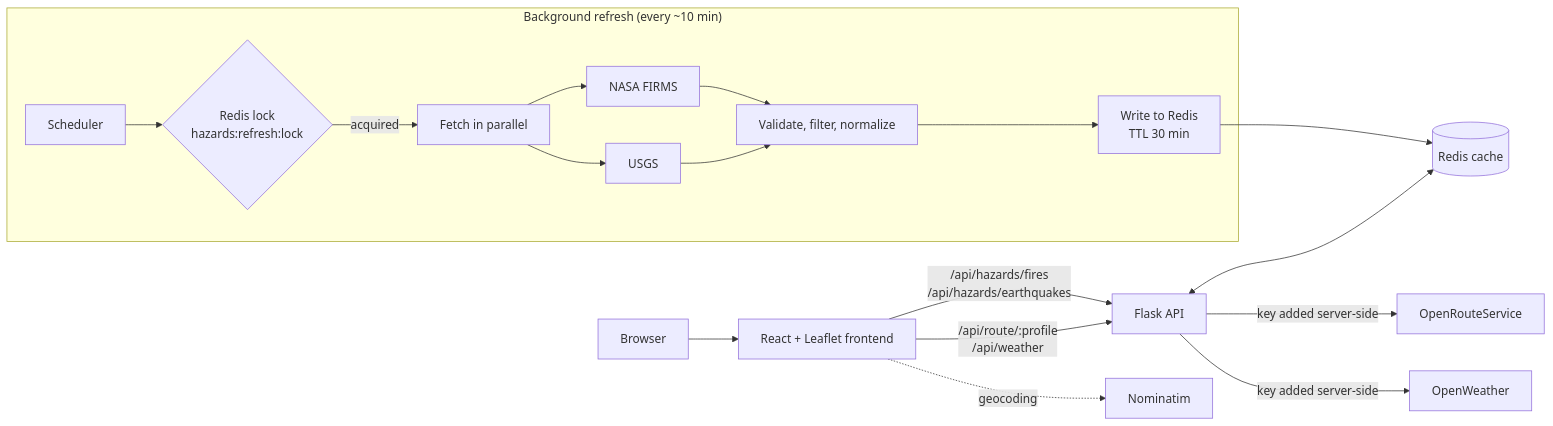
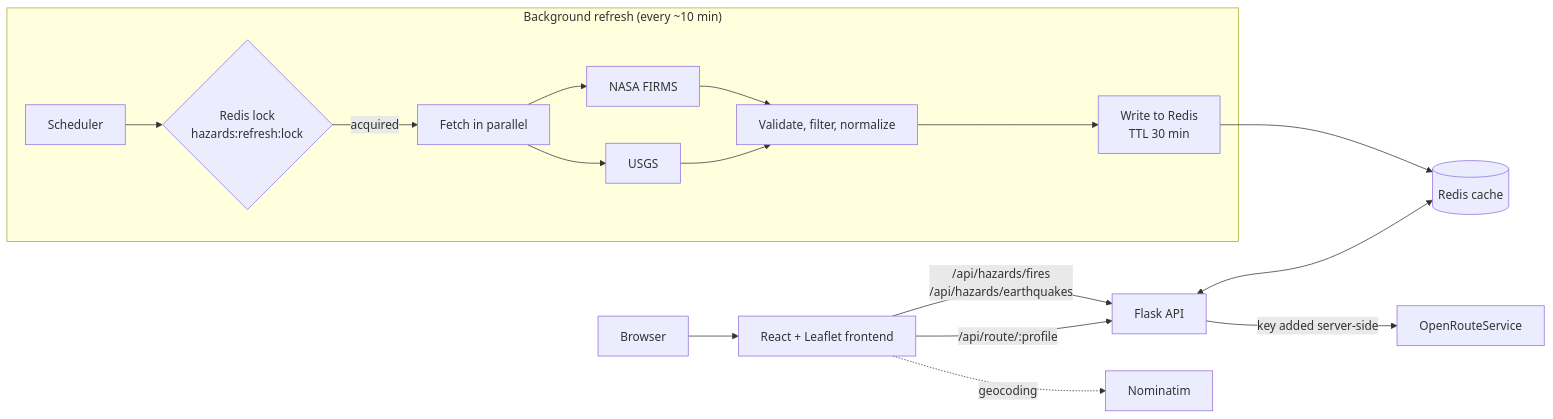
One commit to Jap-Sidhu/safe-route changed the diagram in README.md. Above: the diagram before and after it, drawn with Mermaid. The commit also changed other lines of this file and 8 other files, not shown here.

````diff
--- a/README.md
+++ b/README.md
@@ -23,20 +22,19 @@
 ```mermaid
 flowchart LR
     U[Browser] --> FE[React + Leaflet frontend]
     FE -- "/api/hazards/fires<br>/api/hazards/earthquakes" --> API[Flask API]
-    FE -- "/api/route/:profile<br>/api/weather" --> API
+    FE -- "/api/route/:profile" --> API
     FE -. geocoding .-> OSM[Nominatim]
     API <--> R[(Redis cache)]
     API -- key added server-side --> ORS[OpenRouteService]
-    API -- key added server-side --> OW[OpenWeather]
 
     subgraph Refresh["Background refresh (every ~10 min)"]
         S[Scheduler] --> L{Redis lock<br>hazards:refresh:lock}
         L -- acquired --> P[Fetch in parallel]
         P --> N[NASA FIRMS]
         P --> G[USGS]
         N & G --> X[Validate, filter, normalize]
         X --> W[Write to Redis<br>TTL 30 min]
     end
     W --> R
 ```
````
